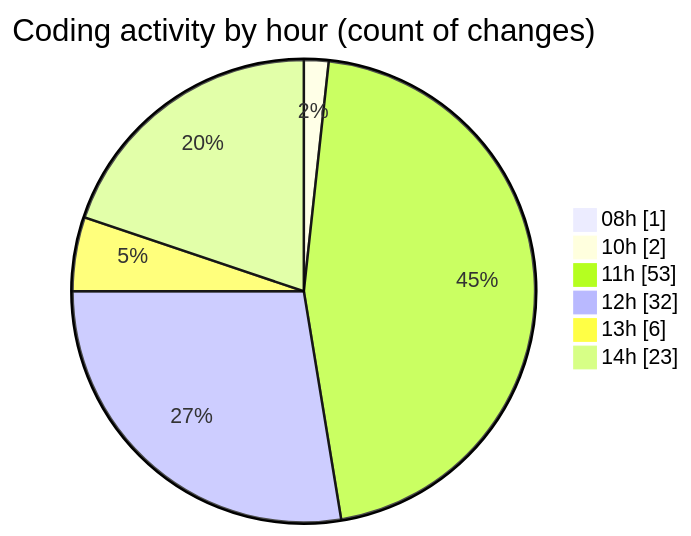
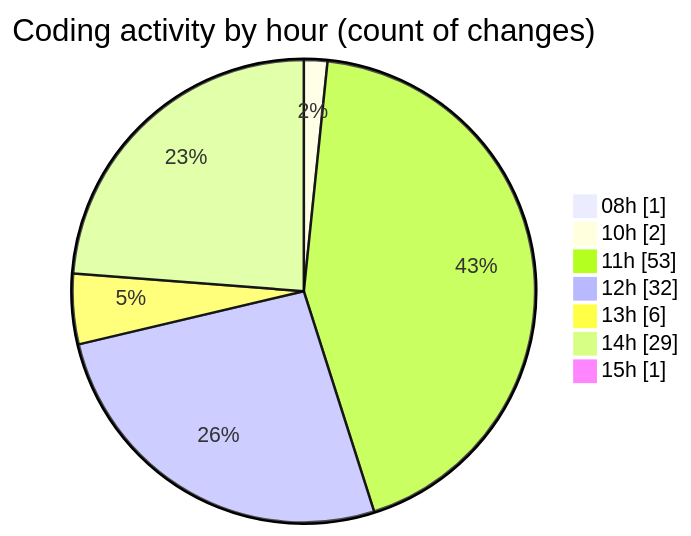
One commit to momahboobian/code-tracking changed the second of 2 diagrams in 2025-07-03/cda/README.md. Above: the diagram before and after it, drawn with Mermaid. The commit also changed other lines of this file and 1 other file, not shown here.

````diff
--- a/2025-07-03/cda/README.md
+++ b/2025-07-03/cda/README.md
@@ -48,10 +48,11 @@
 ```mermaid
 pie showData
 title Coding activity by hour (count of changes)
 "08h" : 1
 "10h" : 2
 "11h" : 53
 "12h" : 32
 "13h" : 6
-"14h" : 23
+"14h" : 29
+"15h" : 1
 ```
````
